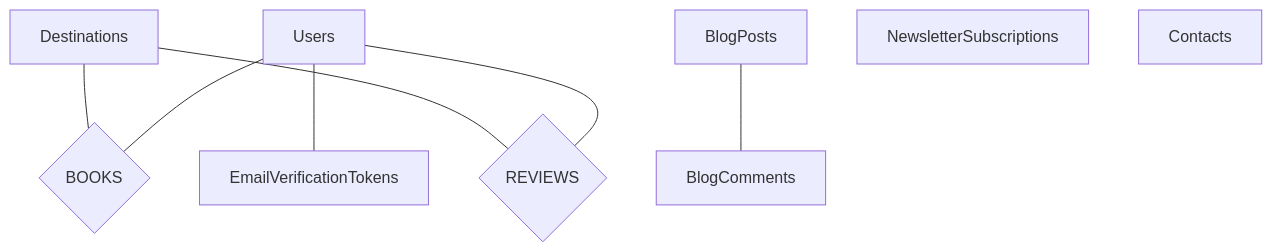
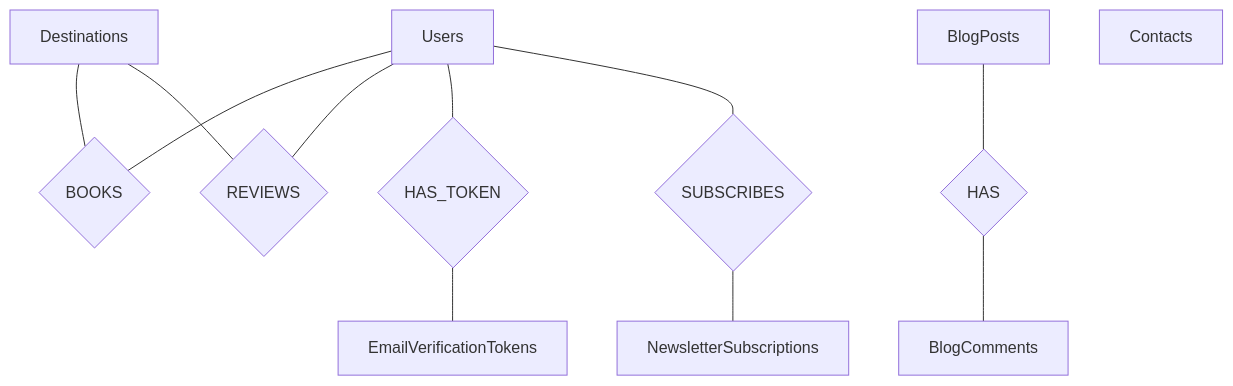
The second of 3 diagrams in README.md (lucifers-0666/Exploria), drawn with Mermaid before and after one commit. The commit also changed other lines of this file, not shown here.

Commit message:
changes in README file

````diff
--- a/README.md
+++ b/README.md
@@ -808,27 +808,38 @@
 ```mermaid
 graph TD
-  %% Minimal, GitHub-safe Chen-style conceptual view
+  %% GitHub-safe, Chen-style conceptual view
+  %% Entities
   USERS[Users]
   DEST[Destinations]
+  BLOGPOSTS[BlogPosts]
+  BLOGCOMMENTS[BlogComments]
+  NEWSLETTER[NewsletterSubscriptions]
+  TOKENS[EmailVerificationTokens]
+  CONTACTS[Contacts]
+
+  %% Relationship diamonds
   BOOKINGS{BOOKS}
   REVIEWS{REVIEWS}
-  BLOGPOSTS[BlogPosts]
-  BLOGCOMMENTS[BlogComments]
-  TOKENS[EmailVerificationTokens]
-  NEWSLETTER[NewsletterSubscriptions]
-  CONTACTS[Contacts]
+  HAS_COMMENT{HAS}
+  HAS_TOKEN{HAS_TOKEN}
+  SUBSCRIBES{SUBSCRIBES}
 
   %% Core associations
   USERS --- BOOKINGS
   DEST --- BOOKINGS
 
   USERS --- REVIEWS
   DEST --- REVIEWS
 
-  BLOGPOSTS --- BLOGCOMMENTS
-  USERS --- TOKENS
+  BLOGPOSTS --- HAS_COMMENT
+  HAS_COMMENT --- BLOGCOMMENTS
 
-  %% Standalone conceptual entities
-  NEWSLETTER
+  USERS --- HAS_TOKEN
+  HAS_TOKEN --- TOKENS
+
+  USERS --- SUBSCRIBES
+  SUBSCRIBES --- NEWSLETTER
+
+  %% Standalone conceptual entity
   CONTACTS
 ```
````
